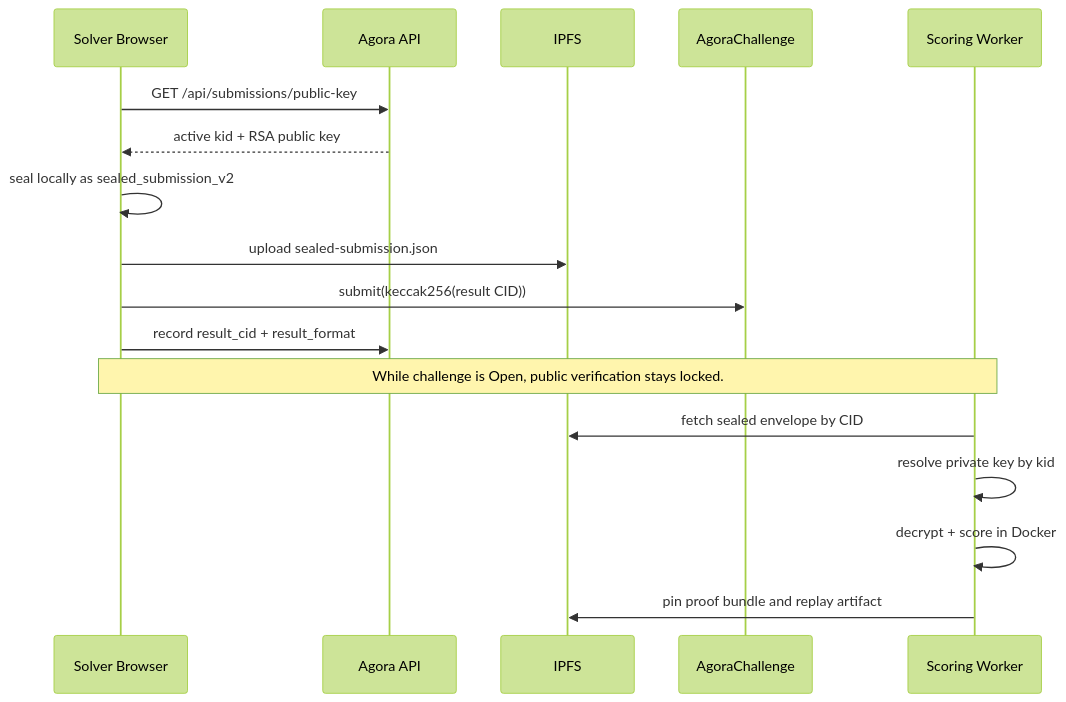
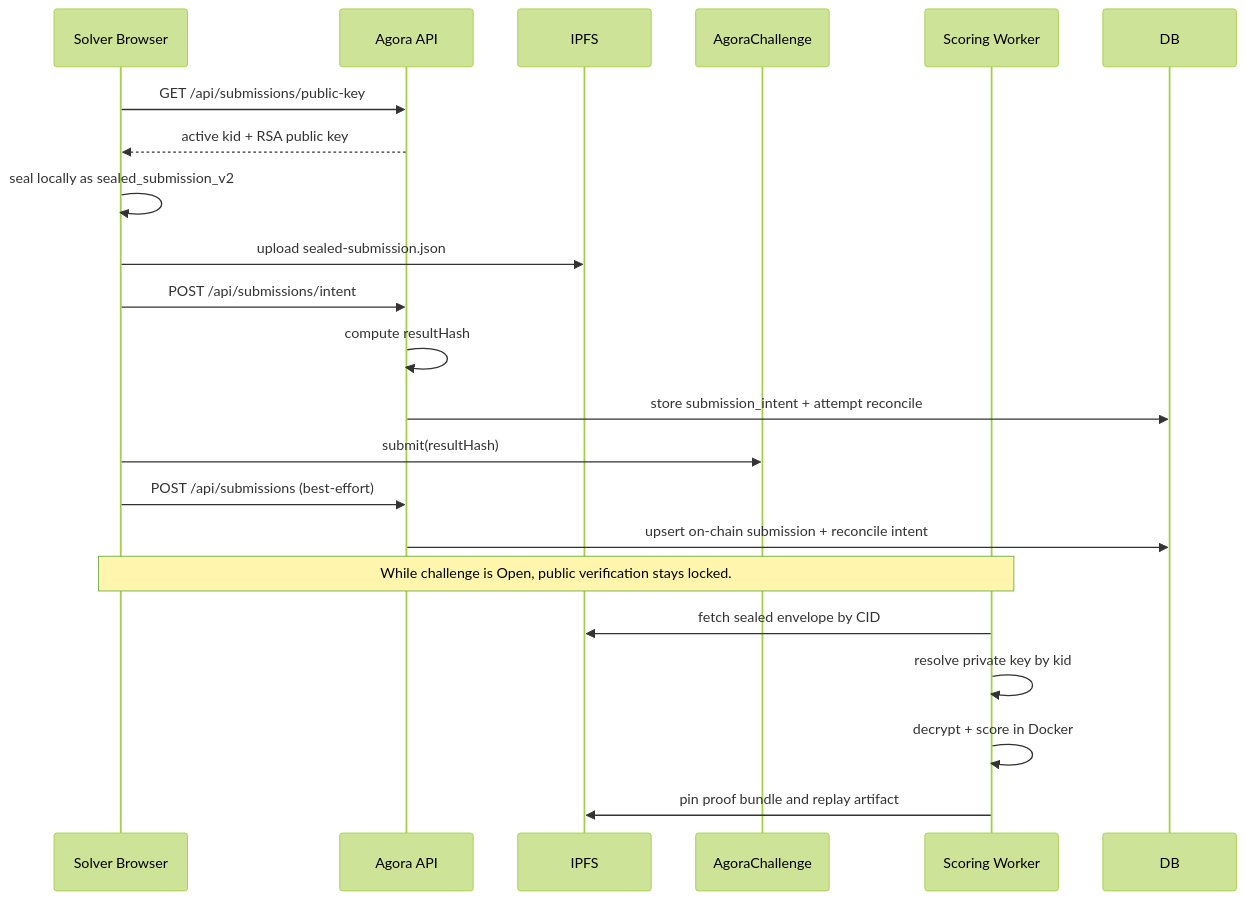
The fifth of 16 diagrams in docs/architecture.md (andymolecule/Hermes), drawn with Mermaid (forest theme) before and after one commit. The commit also changed other lines of this file and 21 other files, not shown here.

Commit message:
Add submission intent reconciliation flow

````diff
--- a/docs/architecture.md
+++ b/docs/architecture.md
@@ -236,22 +236,26 @@
 ```mermaid
 sequenceDiagram
     participant Solver as Solver Browser
     participant API as Agora API
     participant IPFS as IPFS
     participant Chain as AgoraChallenge
     participant Worker as Scoring Worker
 
     Solver->>API: GET /api/submissions/public-key
     API-->>Solver: active kid + RSA public key
     Solver->>Solver: seal locally as sealed_submission_v2
     Solver->>IPFS: upload sealed-submission.json
-    Solver->>Chain: submit(keccak256(result CID))
-    Solver->>API: record result_cid + result_format
+    Solver->>API: POST /api/submissions/intent
+    API->>API: compute resultHash
+    API->>DB: store submission_intent + attempt reconcile
+    Solver->>Chain: submit(resultHash)
+    Solver->>API: POST /api/submissions (best-effort)
+    API->>DB: upsert on-chain submission + reconcile intent
 
     Note over Solver,Worker: While challenge is Open, public verification stays locked.
 
     Worker->>IPFS: fetch sealed envelope by CID
     Worker->>Worker: resolve private key by kid
     Worker->>Worker: decrypt + score in Docker
     Worker->>IPFS: pin proof bundle and replay artifact
 ```
````
